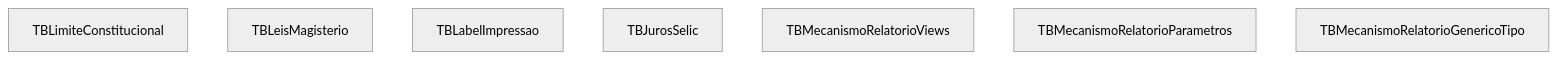
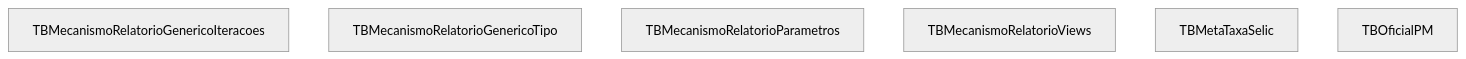
The tenth of 15 diagrams in BDFolhaBA.md (PedroDeveloper/adsd), drawn with Mermaid before and after one commit. The commit also changed other lines of this file, not shown here.

````diff
--- a/BDFolhaBA.md
+++ b/BDFolhaBA.md
@@ -143,18 +192,16 @@
 ```mermaid
 graph TB
 %%{ init: { 'theme': 'neutral', 'flowchart': { 'useMaxWidth': false, 'curve': 'basis' }}}%%
-	TBLimiteConstitucional["TBLimiteConstitucional"]
+	TBMecanismoRelatorioGenericoIteracoes["TBMecanismoRelatorioGenericoIteracoes"]
 
-	TBLeisMagisterio["TBLeisMagisterio"]
+	TBMecanismoRelatorioGenericoTipo["TBMecanismoRelatorioGenericoTipo"]
 
-	TBLabelImpressao["TBLabelImpressao"]
-
-	TBJurosSelic["TBJurosSelic"]
+	TBMecanismoRelatorioParametros["TBMecanismoRelatorioParametros"]
 
 	TBMecanismoRelatorioViews["TBMecanismoRelatorioViews"]
 
-	TBMecanismoRelatorioParametros["TBMecanismoRelatorioParametros"]
+	TBMetaTaxaSelic["TBMetaTaxaSelic"]
 
-	TBMecanismoRelatorioGenericoTipo["TBMecanismoRelatorioGenericoTipo"]
+	TBOficialPM["TBOficialPM"]
 
 ```
````
